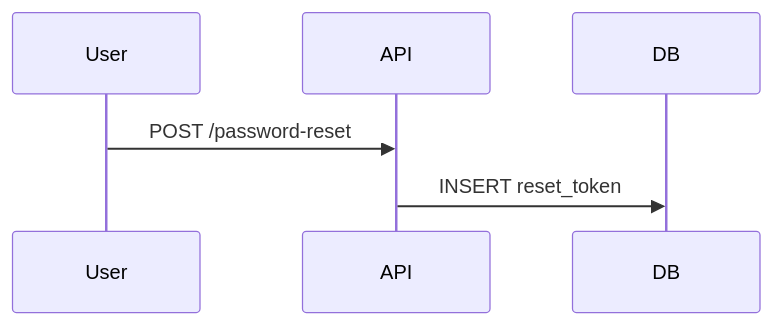
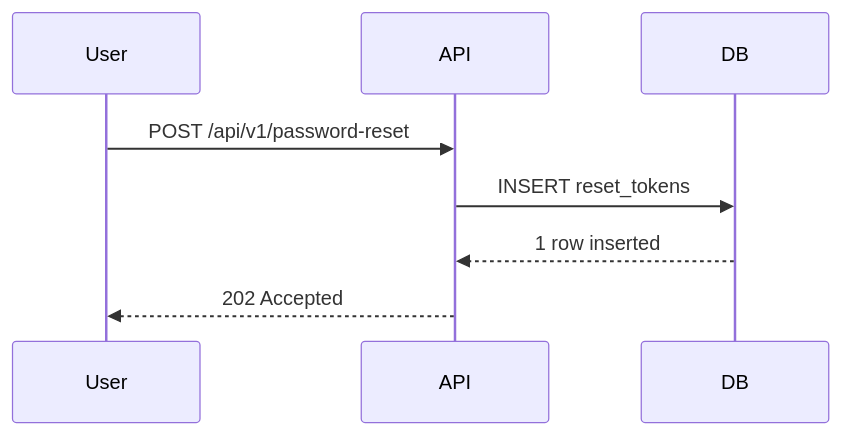
Before and after one commit to rudra-tank-albetrios/sequence-walkthrough: the diagram in README.md, drawn with Mermaid. The commit also changed other lines of this file and 21 other files, not shown here.

````diff
--- a/README.md
+++ b/README.md
@@ -102,19 +156,34 @@
 ```mermaid
 sequenceDiagram
-    %% @spec walkthrough/1
+    %% @spec walkthrough/2
     %% @title Password reset
-    %% @layer U The person who forgot their password.
-    %% @layer API Auth API. Issues and checks reset tokens.
-    %% @layer DB Postgres. Stores a hash of each token, never the token itself.
+    %% @trigger The user clicks "Forgot password" on the sign-in page.
+    %% @term token: a long random string that stands in for the user for a short time.
+    %% @layer U kind=person The person who forgot their password.
+    %% @layer API kind=service Auth API. Issues and checks reset tokens.
+    %% @layer DB kind=db Postgres. Stores a hash of each token, never the token itself.
     participant U as User
     participant API
     participant DB
 
     %% @section Request a reset link
+    %% @summary The API never reveals whether an email is registered.
     %% @step The user enters their email address. The API answers the same way whether or not the account exists, so nobody can probe for accounts.
-    %% @payload {"email": "ana@example.com"}
-    U->>API: POST /password-reset
+    %% @payload.body {"email": "ana@example.com"}
+    %% @schema email string, required, format email → 422 "email is invalid"
+    %% @uses util rateLimit src/http/rateLimit.ts:9 Allows five reset requests per hour per address.
+    U->>API: POST /api/v1/password-reset
     %% @step The API stores a hash of a random one-time token with a 30-minute expiry.
+    %% @payload.sql INSERT INTO reset_tokens (user_id, token_hash, expires_at) VALUES ('u_9', 'sha256:5f…', now() + interval '30 min')
+    %% @state before no reset_tokens row for u_9
+    %% @state after one row, expires in 30 minutes
     %% @ref src/auth/reset.ts:42
-    API->>DB: INSERT reset_token
+    API->>DB: INSERT reset_tokens
+    %% @step The row is saved.
+    DB-->>API: 1 row inserted
+    %% @step The user is told a link is on its way, with a 202, whether or not the email exists.
+    %% @payload.body { "message": "If that email is registered, a reset link is on its way." }
+    %% @effect Reset email queued for the mail worker
+    %% @ref src/auth/reset.ts:52
+    API-->>U: 202 Accepted
 ```
````
